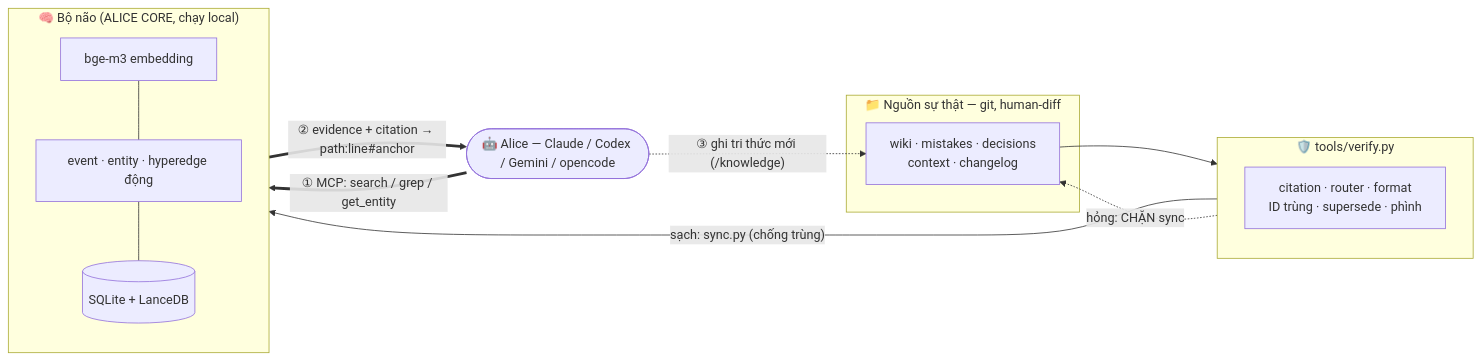
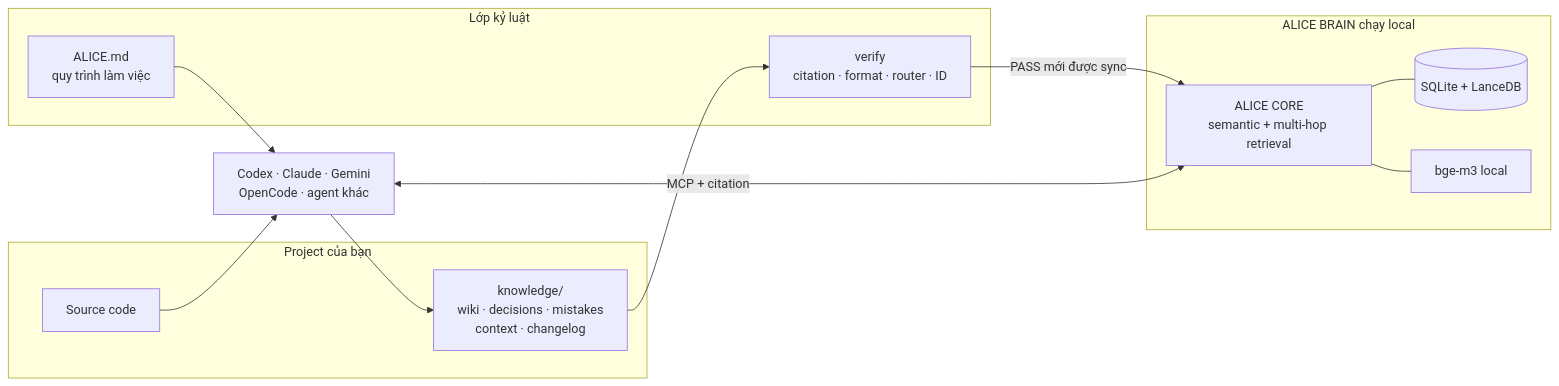
One commit to blueberry-sensei/alice-coding changed the second of 2 diagrams in README.md. Above: the diagram before and after it, drawn with Mermaid. The commit also changed other lines of this file and 4 other files, not shown here.

````diff
--- a/README.md
+++ b/README.md
@@ -69,24 +113,29 @@
 ```mermaid
 flowchart LR
-    subgraph SoT["📁 Nguồn sự thật — git, human-diff"]
-      P["wiki · mistakes · decisions<br/>context · changelog"]
+    subgraph Project["Project của bạn"]
+      Code["Source code"]
+      Knowledge["knowledge/<br/>wiki · decisions · mistakes<br/>context · changelog"]
     end
-    subgraph Gate["🛡️ tools/verify.py"]
-      V["citation · router · format<br/>ID trùng · supersede · phình"]
+
+    subgraph Guard["Lớp kỷ luật"]
+      Rules["ALICE.md<br/>quy trình làm việc"]
+      Verify["verify<br/>citation · format · router · ID"]
     end
-    subgraph Brain["🧠 Bộ não (ALICE CORE, chạy local)"]
-      direction TB
-      EMB["bge-m3 embedding"]
-      IDX["event · entity · hyperedge động"]
-      DB[("SQLite + LanceDB")]
-      EMB --- IDX --- DB
+
+    subgraph Brain["ALICE BRAIN chạy local"]
+      Core["ALICE CORE<br/>semantic + multi-hop retrieval"]
+      Data[("SQLite + LanceDB")]
+      Embed["bge-m3 local"]
     end
-    Agent(["🤖 Alice — Claude / Codex / Gemini / opencode"])
 
-    P --> Gate
-    Gate -- "sạch: sync.py (chống trùng)" --> Brain
-    Gate -. "hỏng: CHẶN sync" .-> P
-    Agent == "① MCP: search / grep / get_entity" ==> Brain
-    Brain == "② evidence + citation → path:line#anchor" ==> Agent
-    Agent -. "③ ghi tri thức mới (/knowledge)" .-> P
+    Agents["Codex · Claude · Gemini<br/>OpenCode · agent khác"]
+
+    Code --> Agents
+    Knowledge --> Verify
+    Rules --> Agents
+    Verify -- "PASS mới được sync" --> Core
+    Core --- Data
+    Core --- Embed
+    Agents <-- "MCP + citation" --> Core
+    Agents --> Knowledge
 ```
````
